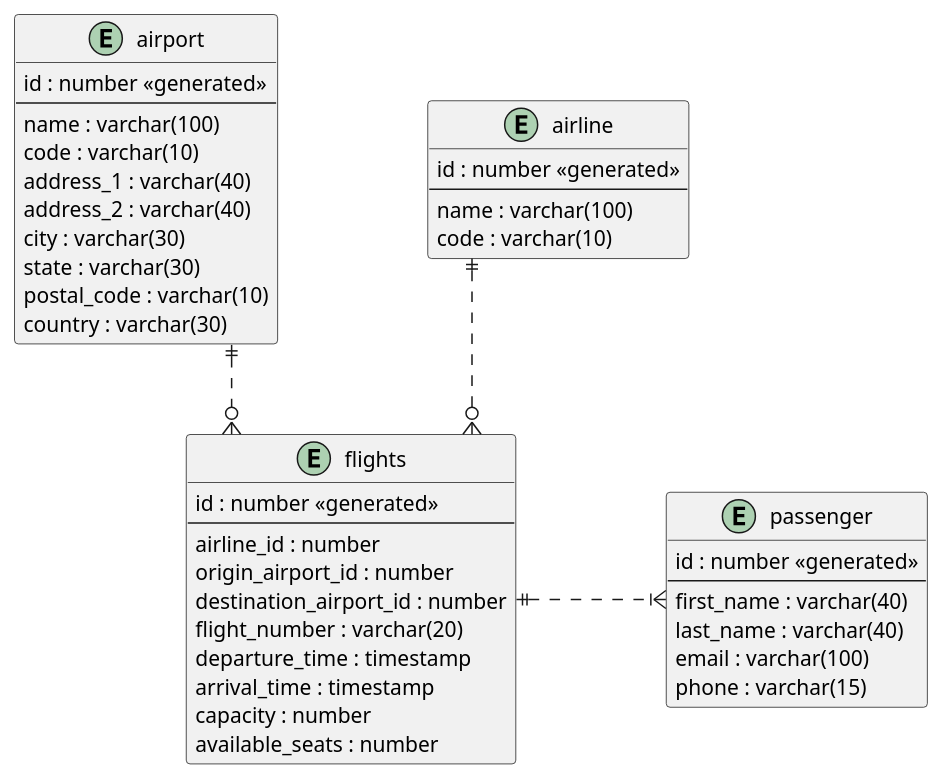
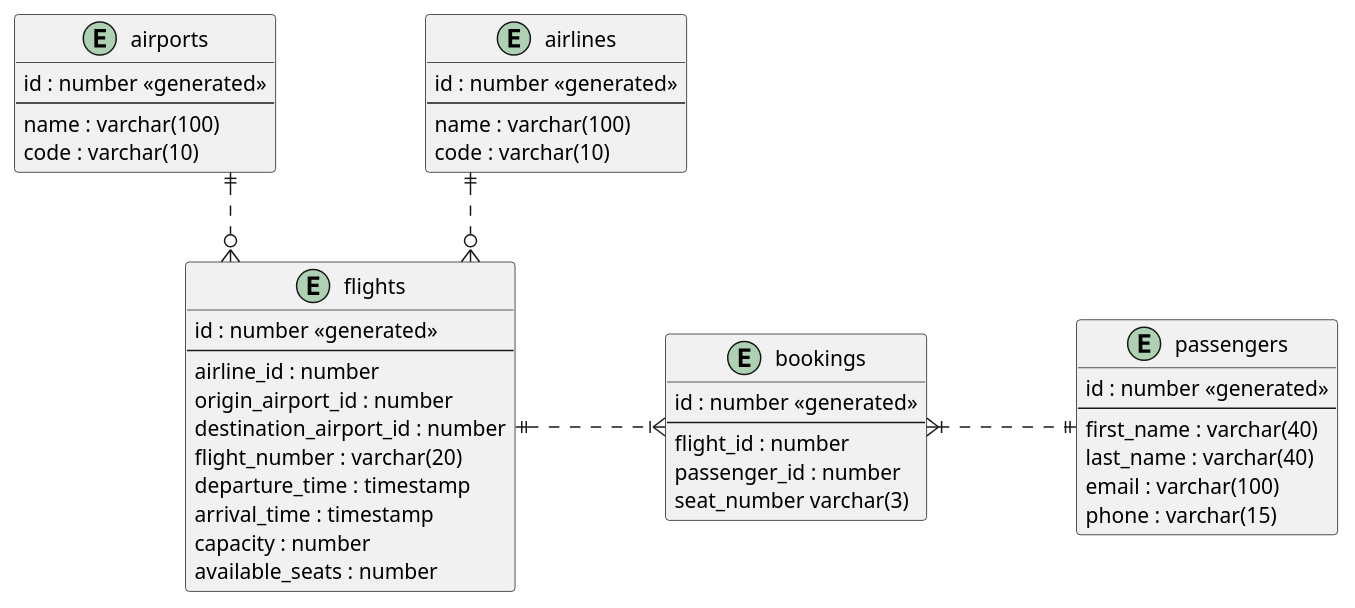
The diagram in docs/er-diagram.puml (ch88251/airport-management-system), drawn with PlantUML before and after one commit. The commit also changed 2 other files, not shown here.

Commit message:
Updated ER diagram and added schema creation script

```diff
--- a/docs/er-diagram.puml
+++ b/docs/er-diagram.puml
@@ -1,52 +1,55 @@
 @startuml
 
 skinparam linetype ortho
 skinparam nodesep 100
 
 entity "flights" as e01 {
   id : number <<generated>>
   --
   airline_id : number
   origin_airport_id : number
   destination_airport_id : number
   flight_number : varchar(20)
   departure_time : timestamp
   arrival_time : timestamp
   capacity : number
   available_seats : number
 }
 
-entity "airline" as e02 {
+entity "airlines" as e02 {
   id : number <<generated>>
   --
   name : varchar(100)
   code : varchar(10)
 }
 
-entity "airport" as e03 {
+entity "airports" as e03 {
   id : number <<generated>>
   --
   name : varchar(100)
   code : varchar(10)
-  address_1 : varchar(40)
-  address_2 : varchar(40)
-  city : varchar(30)
-  state : varchar(30)
-  postal_code : varchar(10)
-  country : varchar(30)
 }
 
-entity "passenger" as e04 {
+entity "passengers" as e04 {
   id : number <<generated>>
   --
   first_name : varchar(40)
   last_name : varchar(40)
   email : varchar(100)
   phone : varchar(15)
 }
 
+entity "bookings" as e05 {
+  id : number <<generated>>
+  --
+  flight_id : number
+  passenger_id : number
+  seat_number varchar(3)
+}
+
 e01 }o.up.|| e02
 e01 }o.up.|| e03
-e01 ||.right.|{ e04
+e01 ||.right.|{ e05
+e05 }|.right.|| e04
 
 @enduml
```
